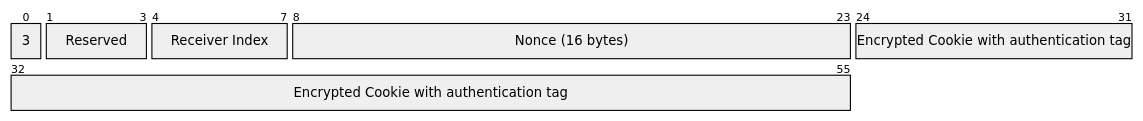
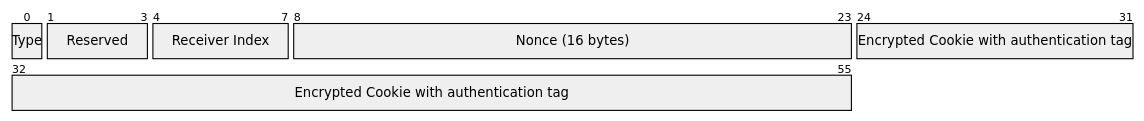
Before and after one commit to category-labs/monad-bft: the fifth of 8 diagrams in docs/0002_authenticated_udp.md, drawn with Mermaid. The commit also changed other lines of this file, not shown here.

````diff
--- a/docs/0002_authenticated_udp.md
+++ b/docs/0002_authenticated_udp.md
@@ -328,8 +329,8 @@
 ```mermaid
 packet-beta
-0: "3"
+0: "Type"
 1-3: "Reserved"
 4-7: "Receiver Index"
 8-23: "Nonce (16 bytes)"
 24-55: "Encrypted Cookie with authentication tag"
 ```
````
